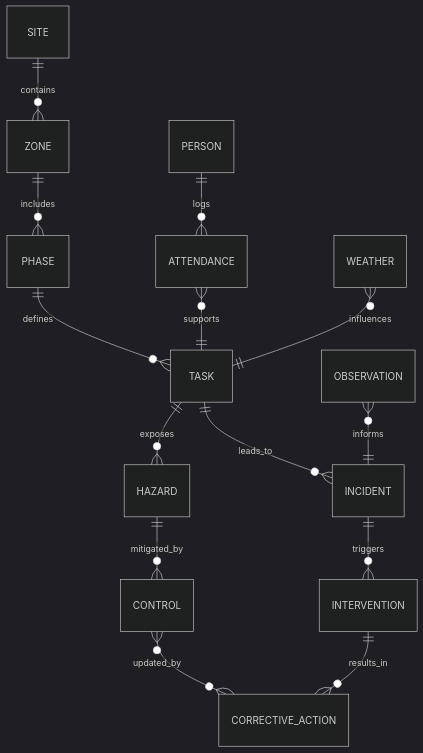
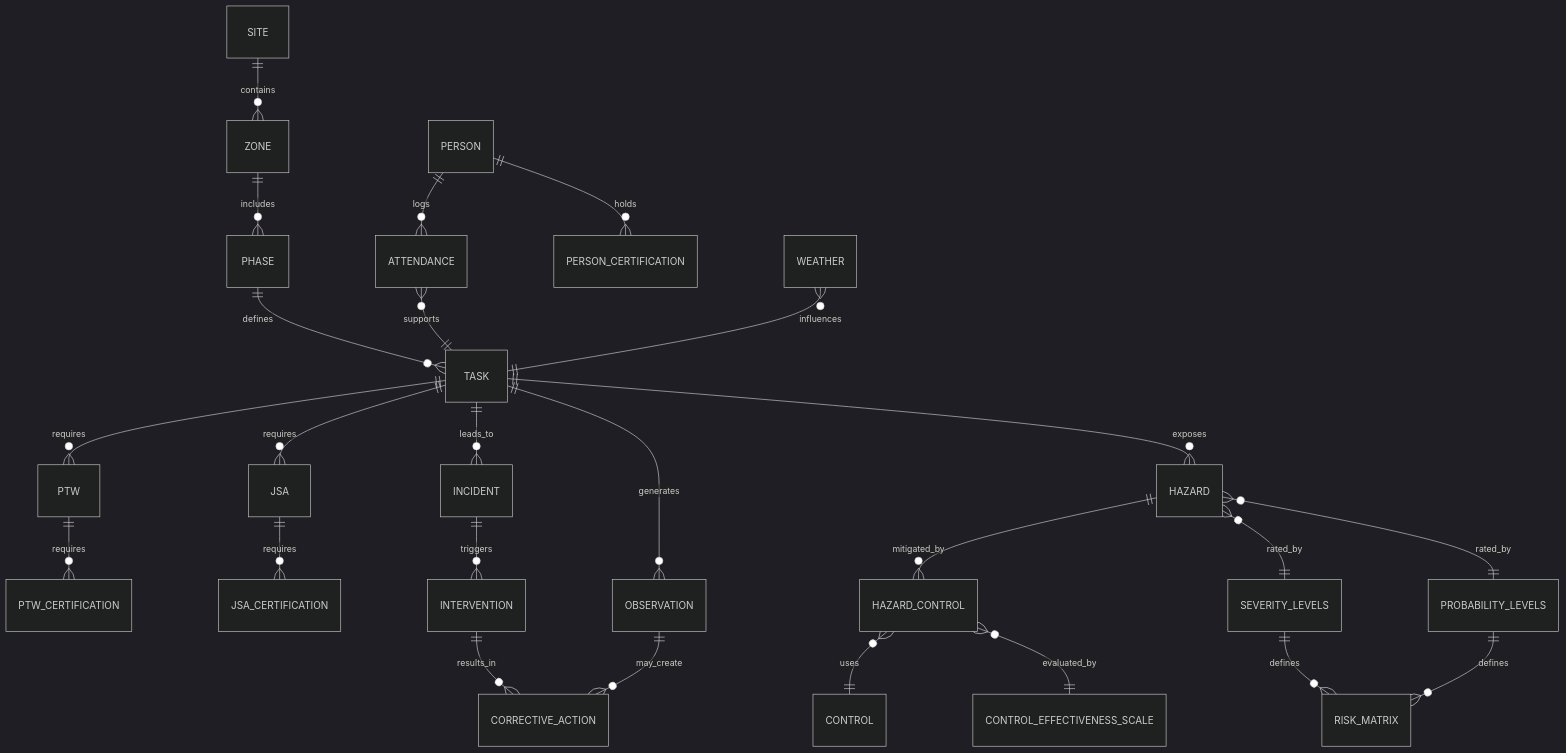
Before and after one commit to Euchie23/Euchie23: the second of 2 diagrams in README.md, drawn with Mermaid (dark theme).

````diff
--- a/README.md
+++ b/README.md
@@ -128,20 +128,36 @@
 ```mermaid
 erDiagram
     SITE ||--o{ ZONE : contains
     ZONE ||--o{ PHASE : includes
     PHASE ||--o{ TASK : defines
 
     PERSON ||--o{ ATTENDANCE : logs
     ATTENDANCE }o--|| TASK : supports
 
+    TASK ||--o{ PTW : requires
+    TASK ||--o{ JSA : requires
+
+    PERSON ||--o{ PERSON_CERTIFICATION : holds
+    PTW ||--o{ PTW_CERTIFICATION : requires
+    JSA ||--o{ JSA_CERTIFICATION : requires
+
     TASK ||--o{ INCIDENT : leads_to
     INCIDENT ||--o{ INTERVENTION : triggers
     INTERVENTION ||--o{ CORRECTIVE_ACTION : results_in
 
+    TASK ||--o{ OBSERVATION : generates
+    OBSERVATION ||--o{ CORRECTIVE_ACTION : may_create
+
     TASK ||--o{ HAZARD : exposes
-    HAZARD ||--o{ CONTROL : mitigated_by
-    CONTROL }o--o{ CORRECTIVE_ACTION : updated_by
+    HAZARD ||--o{ HAZARD_CONTROL : mitigated_by
+    HAZARD_CONTROL }o--|| CONTROL : uses
+
+    HAZARD }o--|| SEVERITY_LEVELS : rated_by
+    HAZARD }o--|| PROBABILITY_LEVELS : rated_by
+    SEVERITY_LEVELS ||--o{ RISK_MATRIX : defines
+    PROBABILITY_LEVELS ||--o{ RISK_MATRIX : defines
+
+    HAZARD_CONTROL }o--|| CONTROL_EFFECTIVENESS_SCALE : evaluated_by
 
     WEATHER }o--|| TASK : influences
-    OBSERVATION }o--|| INCIDENT : informs
 ```
````
